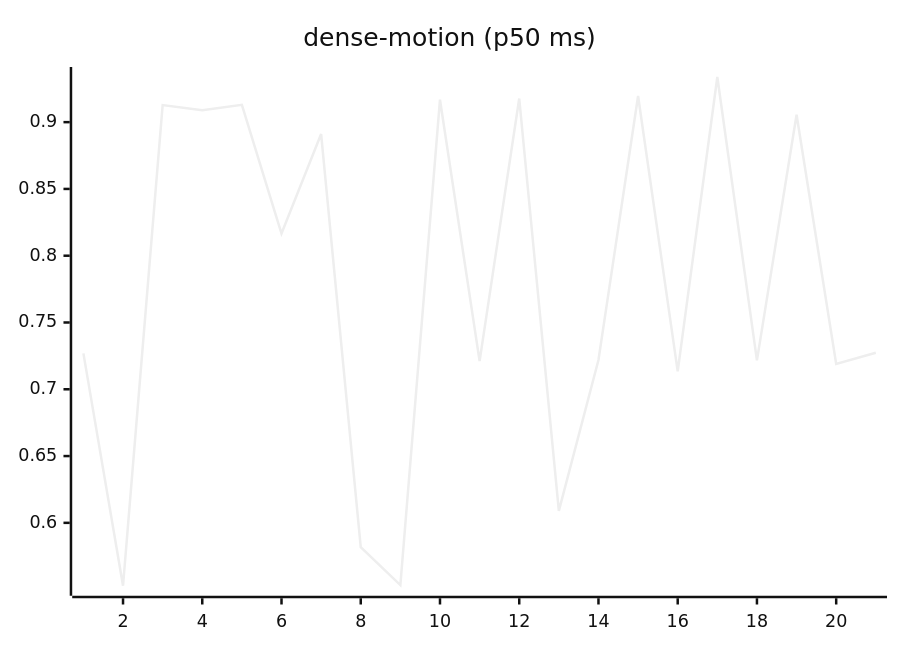
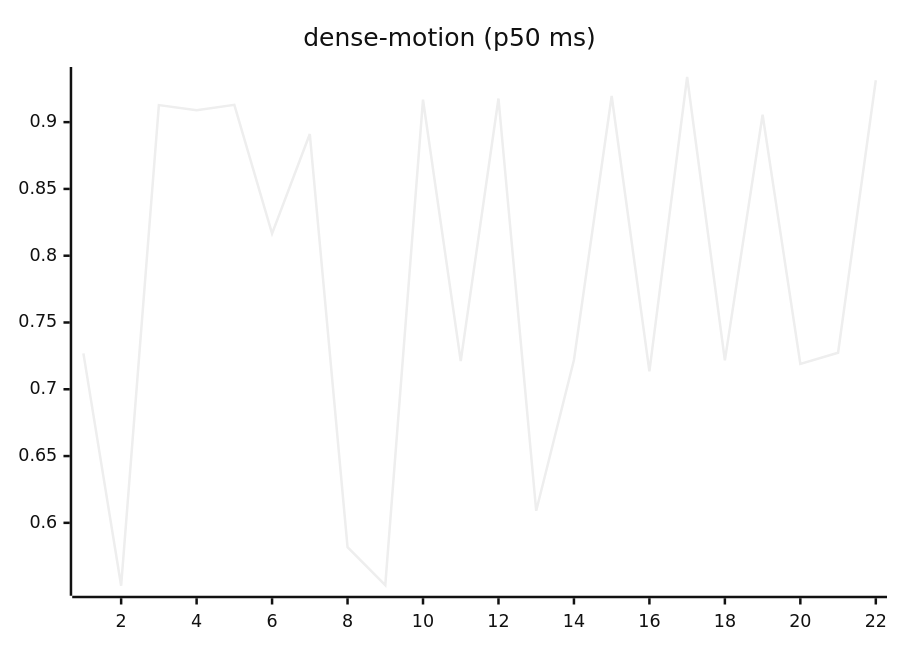
Before and after one commit to josha/Facet: the ninth of 27 diagrams in README.md, drawn with Mermaid (neutral theme). The commit also changed other lines of this file and 2 other files, not shown here.

````diff
--- a/README.md
+++ b/README.md
@@ -119,6 +119,6 @@
 ```mermaid
 xychart-beta
     title "dense-motion (p50 ms)"
-    x-axis 1 --> 21
-    line [0.7269, 0.5529, 0.9128, 0.9089, 0.9130, 0.8166, 0.8911, 0.5818, 0.5534, 0.9168, 0.7211, 0.9177, 0.6090, 0.7219, 0.9196, 0.7134, 0.9338, 0.7216, 0.9055, 0.7190, 0.7274]
+    x-axis 1 --> 22
+    line [0.7269, 0.5529, 0.9128, 0.9089, 0.9130, 0.8166, 0.8911, 0.5818, 0.5534, 0.9168, 0.7211, 0.9177, 0.6090, 0.7219, 0.9196, 0.7134, 0.9338, 0.7216, 0.9055, 0.7190, 0.7274, 0.9314]
 ```
````
